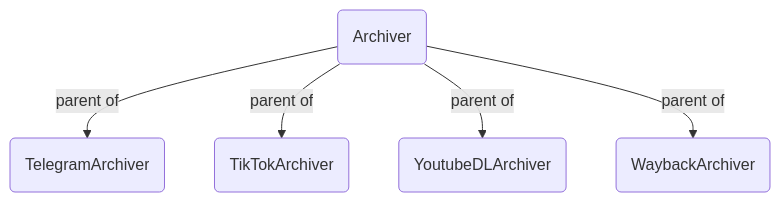
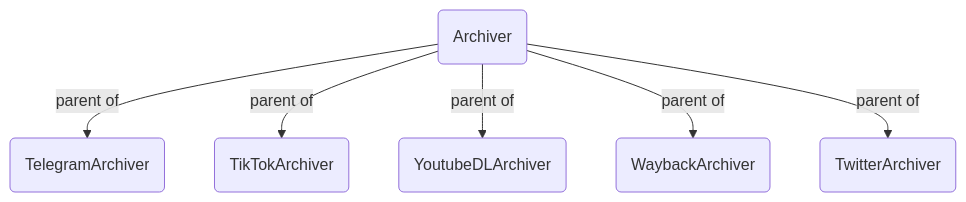
The first of 2 diagrams in README.md (bellingcat/auto-archiver), drawn with Mermaid before and after one commit. The commit also changed 1 other file, not shown here.

Commit message:
improves documentation

````diff
--- a/README.md
+++ b/README.md
@@ -81,7 +81,8 @@
 ```mermaid
 graph TD
     A(Archiver) -->|parent of| B(TelegramArchiver)
     A -->|parent of| C(TikTokArchiver)
     A -->|parent of| D(YoutubeDLArchiver)
     A -->|parent of| E(WaybackArchiver)
+    A -->|parent of| F(TwitterArchiver)
 ```
````
